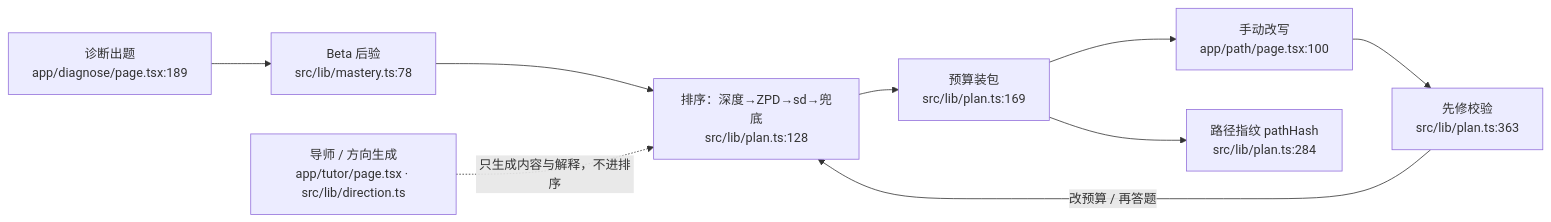
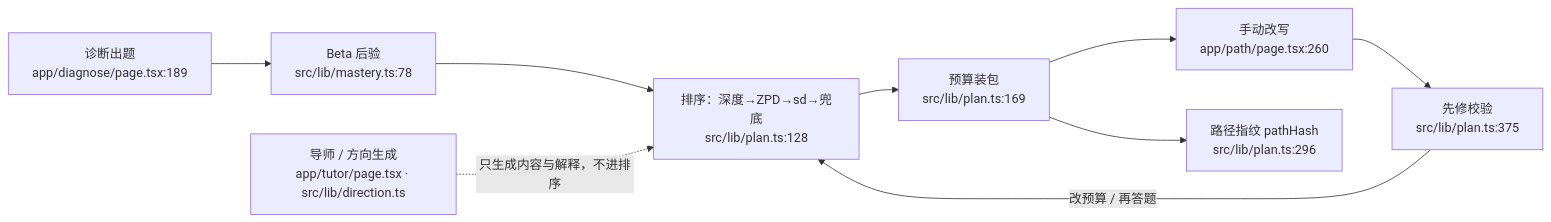
One commit to Jasonsomelike/chuanzhibei-ai-web-adaptive-learning changed the diagram in README.md. Above: the diagram before and after it, drawn with Mermaid. The commit also changed other lines of this file and 42 other files, not shown here.

````diff
--- a/README.md
+++ b/README.md
@@ -27,11 +27,11 @@
 ```mermaid
 flowchart LR
   A["诊断出题<br/>app/diagnose/page.tsx:189"] --> B["Beta 后验<br/>src/lib/mastery.ts:78"]
   B --> C["排序：深度→ZPD→sd→兜底<br/>src/lib/plan.ts:128"]
   C --> D["预算装包<br/>src/lib/plan.ts:169"]
-  D --> E["手动改写<br/>app/path/page.tsx:100"]
-  E --> F["先修校验<br/>src/lib/plan.ts:363"]
+  D --> E["手动改写<br/>app/path/page.tsx:260"]
+  E --> F["先修校验<br/>src/lib/plan.ts:375"]
   F -->|改预算 / 再答题| C
-  D --> G["路径指纹 pathHash<br/>src/lib/plan.ts:284"]
+  D --> G["路径指纹 pathHash<br/>src/lib/plan.ts:296"]
   T["导师 / 方向生成<br/>app/tutor/page.tsx · src/lib/direction.ts"] -. "只生成内容与解释，不进排序" .-> C
 ```
````
